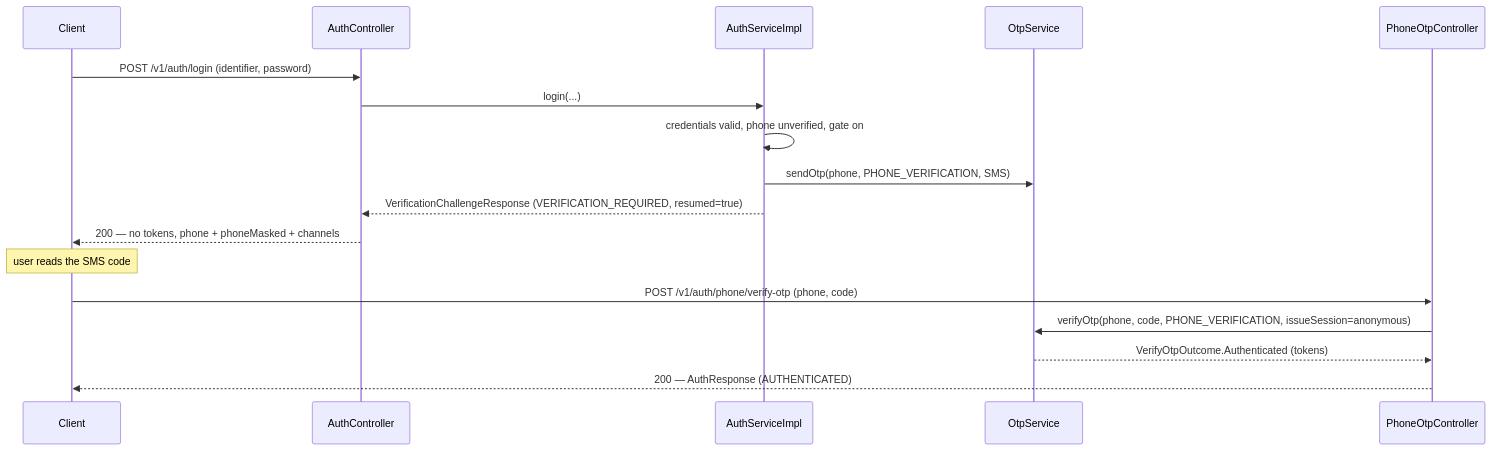
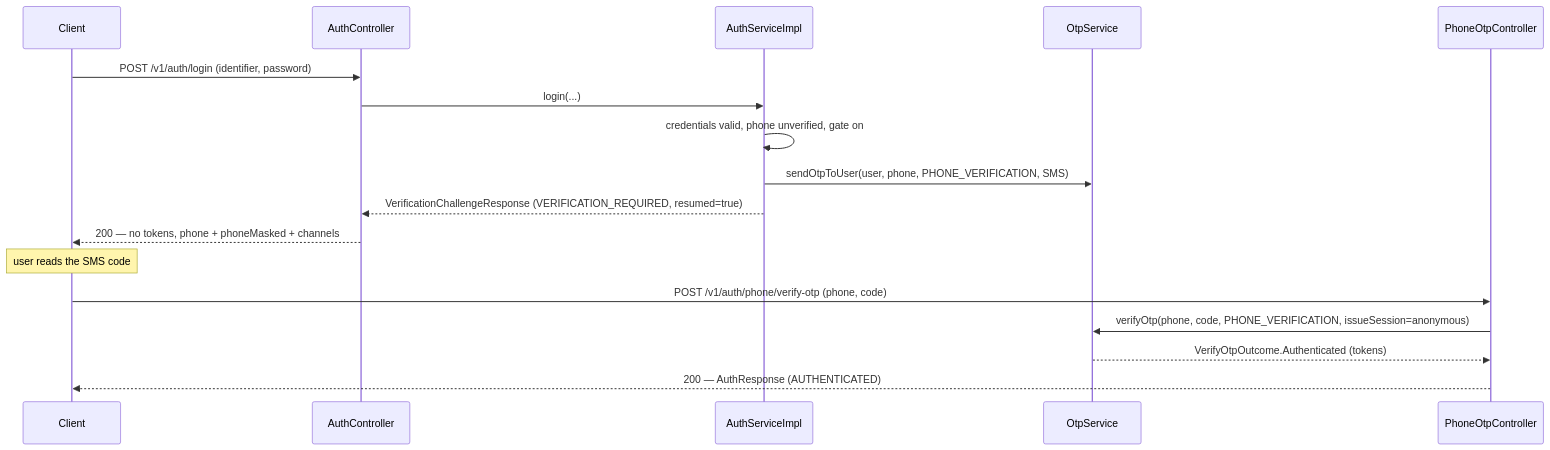
One commit to cropdoor/cropdoor-almanac changed the second of 2 diagrams in docs/auth/login-and-the-phone-gate.md. Above: the diagram before and after it, drawn with Mermaid. The commit also changed other lines of this file and 2 other files, not shown here.

First line of the commit message:
auth: the anonymous phone doors (#391): MFA has its own OTP purpose and limits; every phone is answered alike; a wrong code counts and the sixth kills it; SMS sign-in ignores the password lock

````diff
--- a/docs/auth/login-and-the-phone-gate.md
+++ b/docs/auth/login-and-the-phone-gate.md
@@ -112,20 +112,20 @@
 ```mermaid
 sequenceDiagram
     participant Client
     participant Auth as AuthController
     participant Svc as AuthServiceImpl
     participant Otp as OtpService
     participant Phone as PhoneOtpController
 
     Client->>Auth: POST /v1/auth/login (identifier, password)
     Auth->>Svc: login(...)
     Svc->>Svc: credentials valid, phone unverified, gate on
-    Svc->>Otp: sendOtp(phone, PHONE_VERIFICATION, SMS)
+    Svc->>Otp: sendOtpToUser(user, phone, PHONE_VERIFICATION, SMS)
     Svc-->>Auth: VerificationChallengeResponse (VERIFICATION_REQUIRED, resumed=true)
     Auth-->>Client: 200 — no tokens, phone + phoneMasked + channels
     Note over Client: user reads the SMS code
     Client->>Phone: POST /v1/auth/phone/verify-otp (phone, code)
     Phone->>Otp: verifyOtp(phone, code, PHONE_VERIFICATION, issueSession=anonymous)
     Otp-->>Phone: VerifyOtpOutcome.Authenticated (tokens)
     Phone-->>Client: 200 — AuthResponse (AUTHENTICATED)
 ```
````
